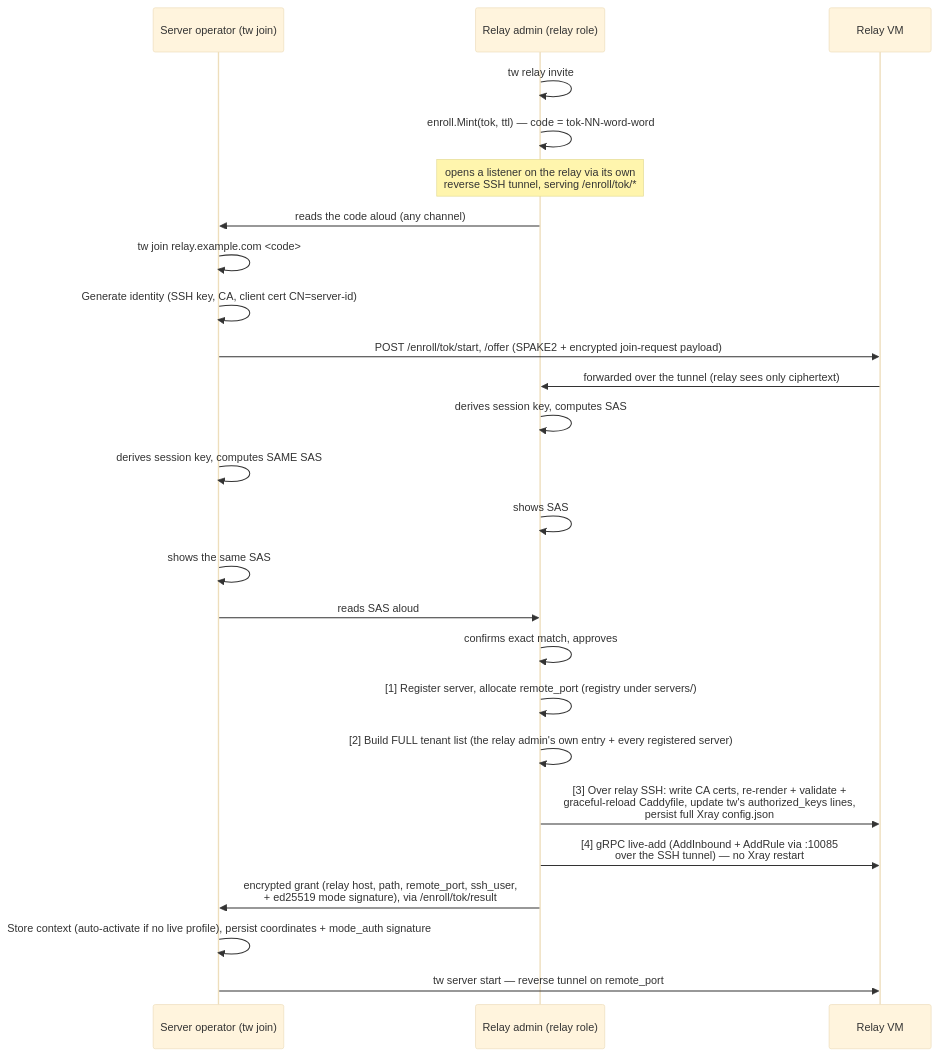
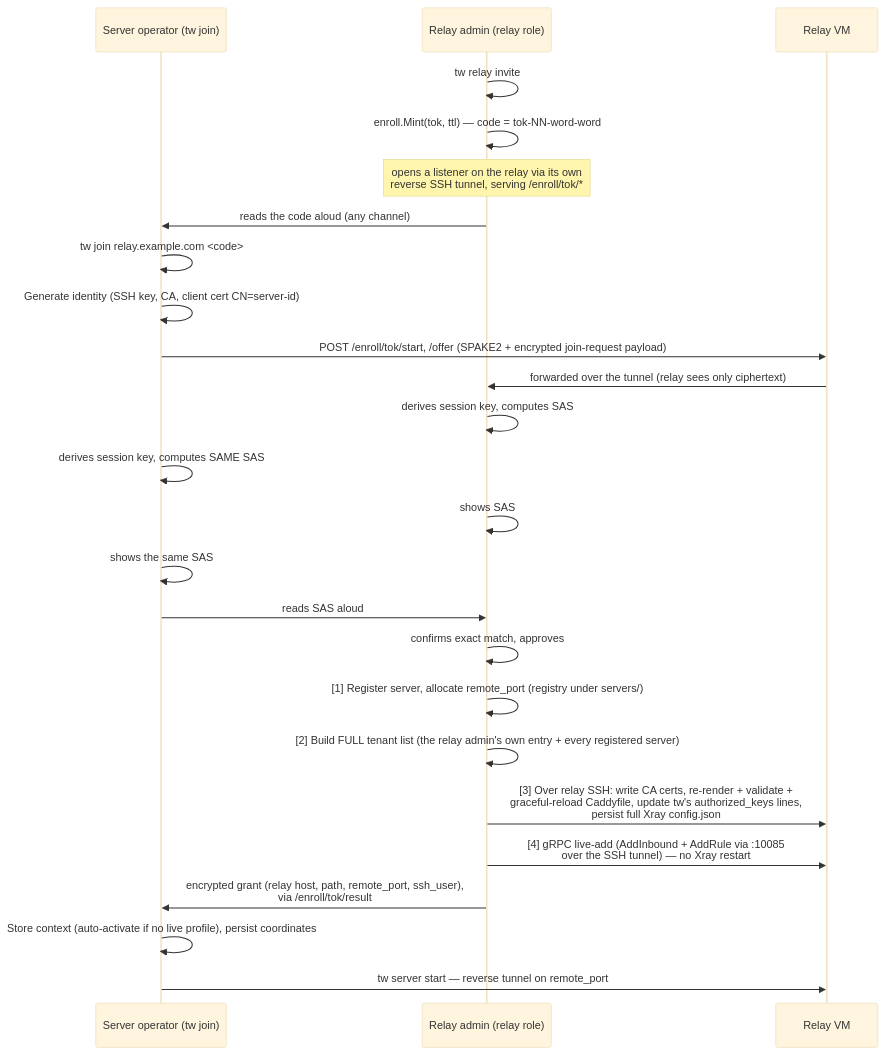
One commit to Tunnel-Whisperer/Tunnel-Whisperer changed the second of 6 diagrams in docs/architecture/runtime-views.md. Above: the diagram before and after it, drawn with Mermaid (base theme). The commit also changed other lines of this file and 42 other files, not shown here.

First line of the commit message:
refactor: remove the mode_auth signature

````diff
--- a/docs/architecture/runtime-views.md
+++ b/docs/architecture/runtime-views.md
@@ -76,32 +76,32 @@
 ```mermaid
 sequenceDiagram
     participant S as Server operator (tw join)
     participant A as Relay admin (relay role)
     participant R as Relay VM
 
     A ->> A: tw relay invite
     A ->> A: enroll.Mint(tok, ttl) — code = tok-NN-word-word
     Note over A: opens a listener on the relay via its own<br/>reverse SSH tunnel, serving /enroll/tok/*
     A ->> S: reads the code aloud (any channel)
 
     S ->> S: tw join relay.example.com #lt;code#gt;
     S ->> S: Generate identity (SSH key, CA, client cert CN=server-id)
     S ->> R: POST /enroll/tok/start, /offer (SPAKE2 + encrypted join-request payload)
     R ->> A: forwarded over the tunnel (relay sees only ciphertext)
 
     A ->> A: derives session key, computes SAS
     S ->> S: derives session key, computes SAME SAS
     A ->> A: shows SAS
     S ->> S: shows the same SAS
     S ->> A: reads SAS aloud
     A ->> A: confirms exact match, approves
 
     A ->> A: [1] Register server, allocate remote_port (registry under servers/)
     A ->> A: [2] Build FULL tenant list (the relay admin's own entry + every registered server)
     A ->> R: [3] Over relay SSH: write CA certs, re-render + validate +<br/>graceful-reload Caddyfile, update tw's authorized_keys lines,<br/>persist full Xray config.json
     A ->> R: [4] gRPC live-add (AddInbound + AddRule via :10085<br/>over the SSH tunnel) — no Xray restart
-    A ->> S: encrypted grant (relay host, path, remote_port, ssh_user,<br/>+ ed25519 mode signature), via /enroll/tok/result
+    A ->> S: encrypted grant (relay host, path, remote_port, ssh_user),<br/>via /enroll/tok/result
 
-    S ->> S: Store context (auto-activate if no live profile), persist coordinates + mode_auth signature
+    S ->> S: Store context (auto-activate if no live profile), persist coordinates
     S ->> R: tw server start — reverse tunnel on remote_port
 ```
````
